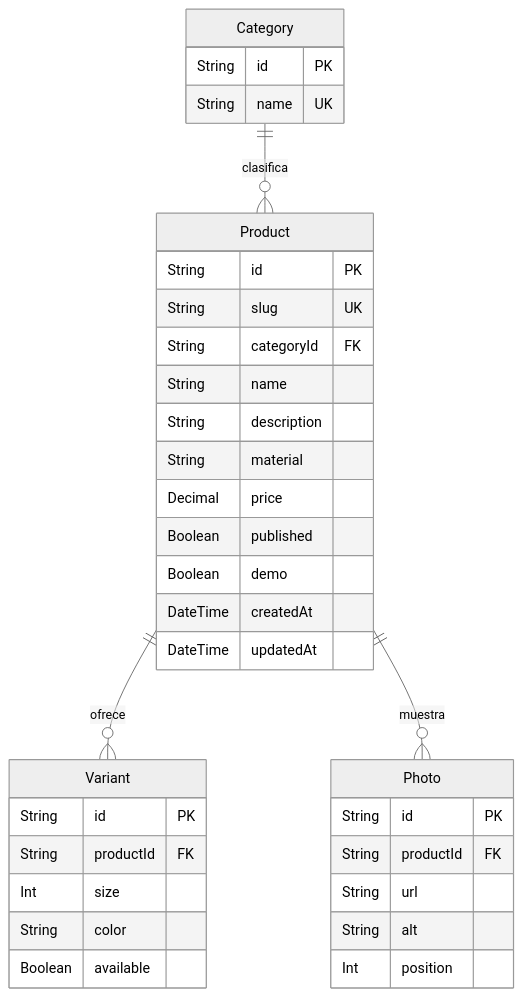
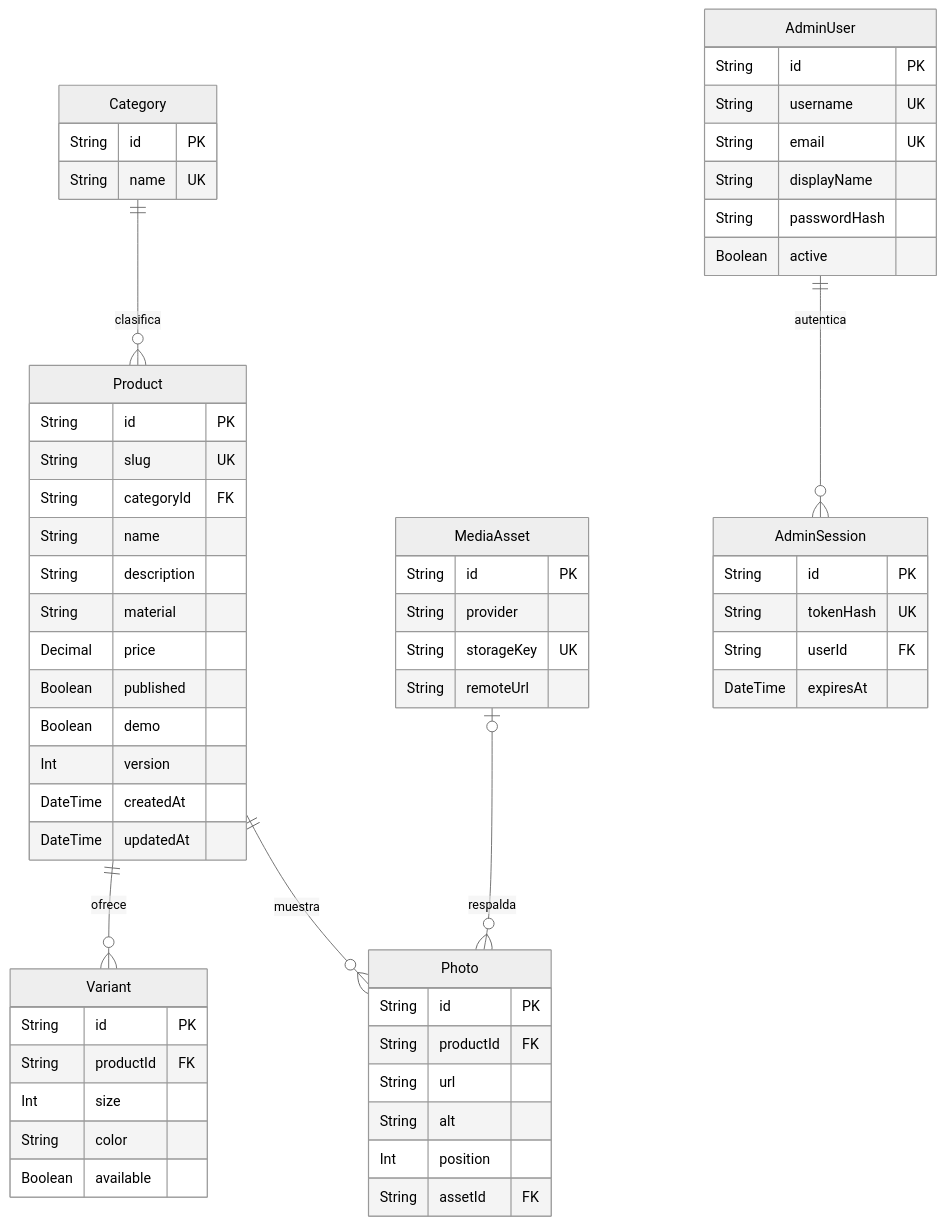
One commit to 14149492/top-walker changed the diagram in documento del proyecto/modelo-datos.md. Above: the diagram before and after it, drawn with Mermaid (neutral theme). The commit also changed other lines of this file and 54 other files, not shown here.

````diff
--- a/documento del proyecto/modelo-datos.md
+++ b/documento del proyecto/modelo-datos.md
@@ -7,37 +7,61 @@
 ```mermaid
 erDiagram
     Category ||--o{ Product : clasifica
     Product ||--o{ Variant : ofrece
     Product ||--o{ Photo : muestra
+    MediaAsset o|--o{ Photo : respalda
+    AdminUser ||--o{ AdminSession : autentica
     Category {
         String id PK
         String name UK
     }
     Product {
         String id PK
         String slug UK
         String categoryId FK
         String name
         String description
         String material
         Decimal price
         Boolean published
         Boolean demo
+        Int version
         DateTime createdAt
         DateTime updatedAt
     }
     Variant {
         String id PK
         String productId FK
         Int size
         String color
         Boolean available
     }
     Photo {
         String id PK
         String productId FK
         String url
         String alt
         Int position
+        String assetId FK
+    }
+    AdminUser {
+        String id PK
+        String username UK
+        String email UK
+        String displayName
+        String passwordHash
+        Boolean active
+    }
+    AdminSession {
+        String id PK
+        String tokenHash UK
+        String userId FK
+        DateTime expiresAt
+    }
+    MediaAsset {
+        String id PK
+        String provider
+        String storageKey UK
+        String remoteUrl
     }
 ```
````
